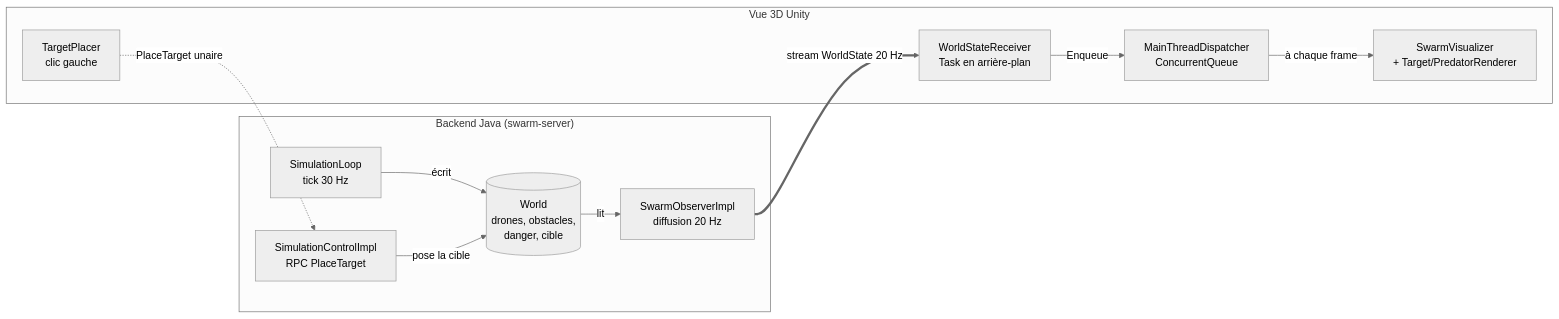
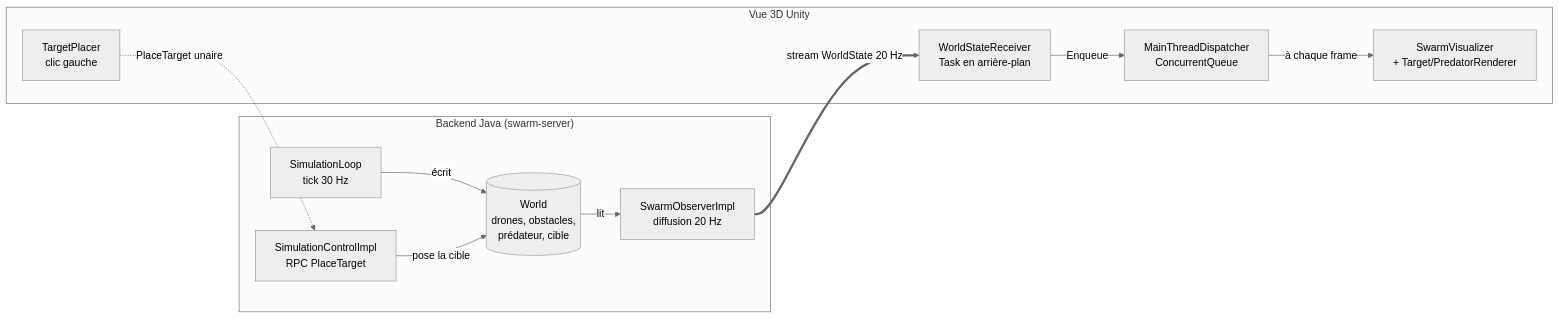
The first of 5 diagrams in docs/architecture.fr.md (gakkel-labs/swarm-simulator), drawn with Mermaid (neutral theme) before and after one commit. The commit also changed other lines of this file and 14 other files, not shown here.

````diff
--- a/docs/architecture.fr.md
+++ b/docs/architecture.fr.md
@@ -18,24 +18,24 @@
 ```mermaid
 flowchart LR
     subgraph Backend["Backend Java (swarm-server)"]
         SIM[SimulationLoop<br/>tick 30 Hz]
-        WORLD[(World<br/>drones, obstacles,<br/>danger, cible)]
+        WORLD[(World<br/>drones, obstacles,<br/>prédateur, cible)]
         BCAST[SwarmObserverImpl<br/>diffusion 20 Hz]
         CTRL[SimulationControlImpl<br/>RPC PlaceTarget]
         SIM -->|écrit| WORLD
         WORLD -->|lit| BCAST
         CTRL -->|pose la cible| WORLD
     end
 
     subgraph Unity["Vue 3D Unity"]
         RECV[WorldStateReceiver<br/>Task en arrière-plan]
         DISP[MainThreadDispatcher<br/>ConcurrentQueue]
         VIZ[SwarmVisualizer<br/>+ Target/PredatorRenderer]
         PLACE[TargetPlacer<br/>clic gauche]
         RECV -->|Enqueue| DISP
         DISP -->|à chaque frame| VIZ
     end
 
     BCAST ==>|stream WorldState 20 Hz| RECV
     PLACE -.->|PlaceTarget unaire| CTRL
 ```
````
